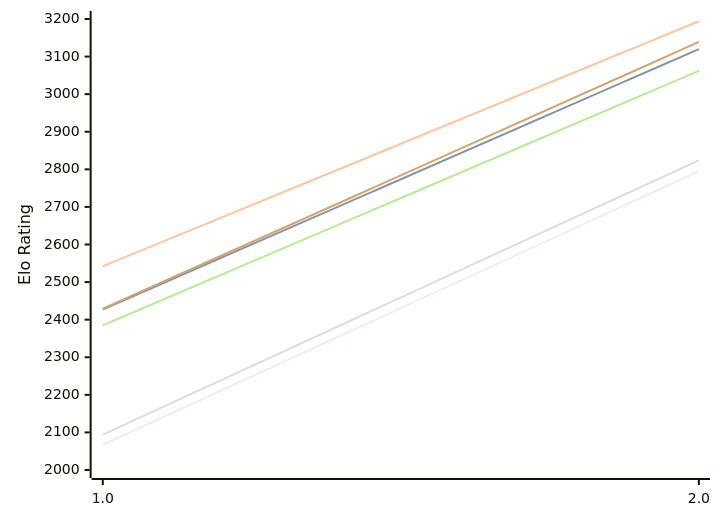
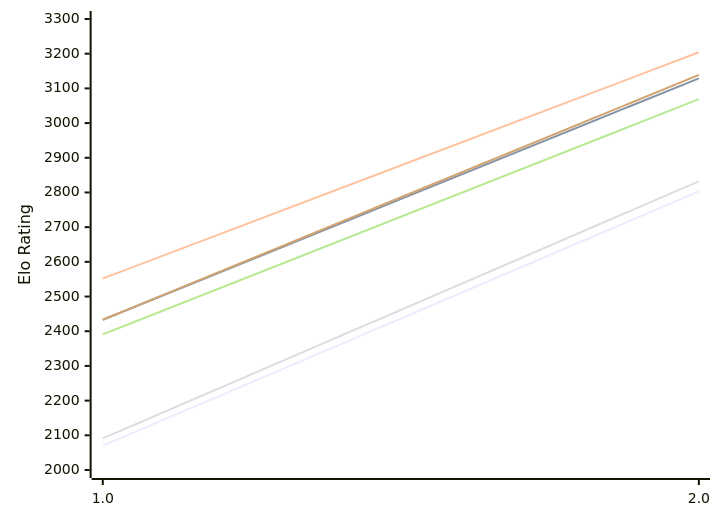
The diagram in engines/Scarlet.md (computer-chess-index/cci), drawn with Mermaid before and after one commit. The commit also changed other lines of this file, not shown here.

Commit message:
Update CCI Ratings (ELO VLTC) - 2026-11-16

````diff
--- a/engines/Scarlet.md
+++ b/engines/Scarlet.md
@@ -49,12 +49,12 @@
 ```mermaid
 %%{init: {"theme":"base","themeVariables":{"seriesColors:['#a3a3a3','#222221','#faa371']}}}%%
 xychart-beta
   x-axis ["1.0", "2.0"]
-  y-axis "Elo Rating" 2000 --> 3200
-  line "E1: STC (8.0+0.08s)" [2067, 2795]
-  line "E1: LTC (60.0+0.60s)" [2427, 3120]
-  line "E1: VLTC (2m24s+1.12s)" [2542, 3194]
-  line "P1: STC (8.0+0.08s)" [2094, 2824]
-  line "P1: LTC (60.0+0.60s)" [2385, 3062]
-  line "P1: VLTC (2m24s+1.12s)" [2429, 3139]
+  y-axis "Elo Rating" 2000 --> 3300
+  line "E1: STC (8.0+0.08s)" [2070, 2803]
+  line "E1: LTC (60.0+0.60s)" [2433, 3129]
+  line "E1: VLTC (2m24s+1.12s)" [2552, 3204]
+  line "P1: STC (8.0+0.08s)" [2091, 2832]
+  line "P1: LTC (60.0+0.60s)" [2391, 3069]
+  line "P1: VLTC (2m24s+1.12s)" [2433, 3139]
 ```
````
